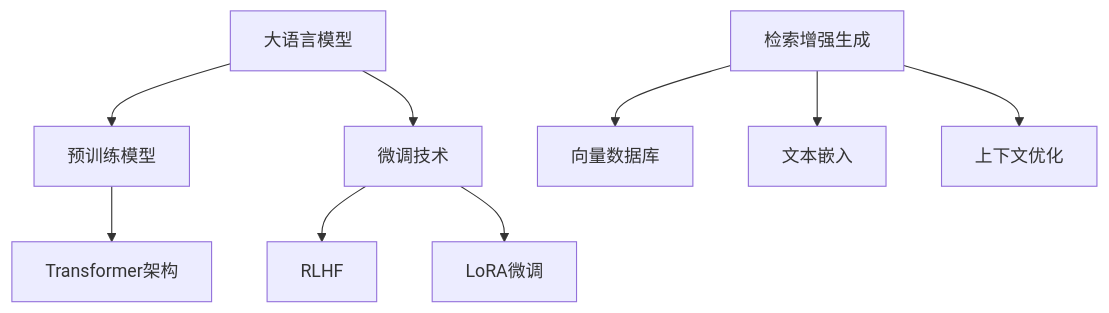
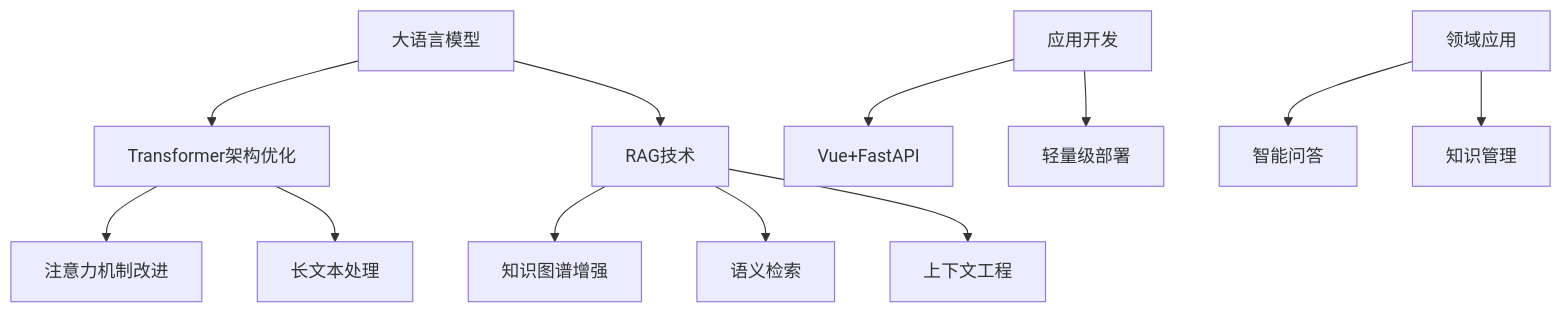
Before and after one commit to Xikcn/Xikcn: the diagram in README.md, drawn with Mermaid. The commit also changed other lines of this file, not shown here.

````diff
--- a/README.md
+++ b/README.md
@@ -48,11 +48,14 @@
 ```mermaid
 graph TD
-    A[大语言模型] --> B[预训练模型]
-    A --> C[微调技术]
-    B --> D[Transformer架构]
-    C --> E[RLHF]
-    C --> F[LoRA微调]
-    G[检索增强生成] --> H[向量数据库]
-    G --> I[文本嵌入]
-    G --> J[上下文优化]
+    A[大语言模型] --> B[Transformer架构优化]
+    A --> C[RAG技术]
+    B --> D[注意力机制改进]
+    B --> E[长文本处理]
+    C --> F[知识图谱增强]
+    C --> G[语义检索]
+    C --> H[上下文工程]
+    I[应用开发] --> J[Vue+FastAPI]
+    I --> K[轻量级部署]
+    L[领域应用] --> M[智能问答]
+    L --> N[知识管理]
 ```
````
